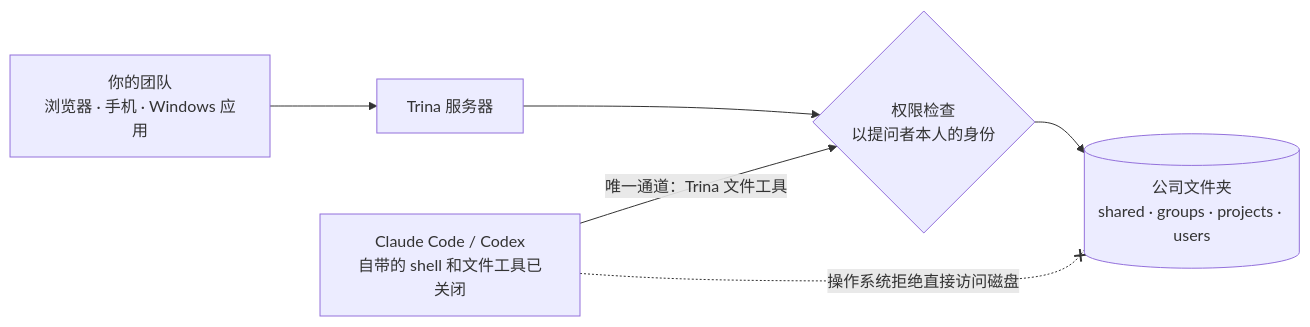
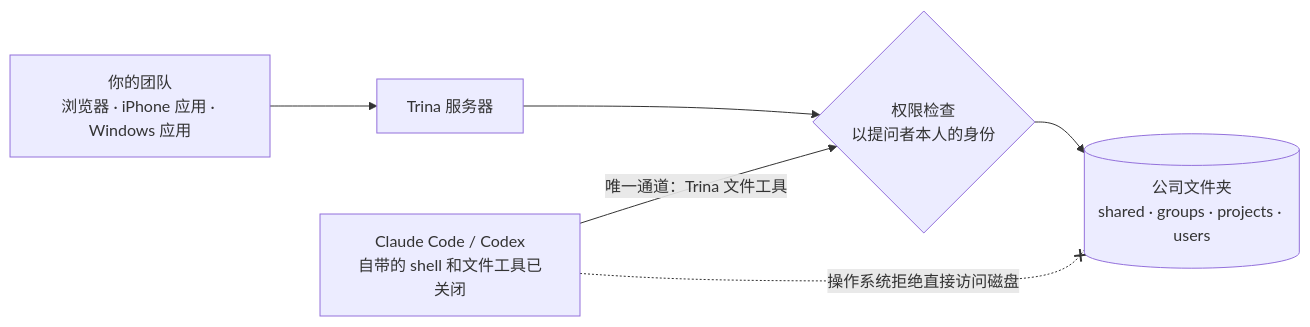
One commit to trina-app/trina-ax changed the diagram in README.zh-CN.md. Above: the diagram before and after it, drawn with Mermaid. The commit also changed other lines of this file and 9 other files, not shown here.

````diff
--- a/README.zh-CN.md
+++ b/README.zh-CN.md
@@ -72,8 +98,8 @@
 ```mermaid
 flowchart LR
-  P["你的团队<br/>浏览器 · 手机 · Windows 应用"] --> S["Trina 服务器"]
+  P["你的团队<br/>浏览器 · iPhone 应用 · Windows 应用"] --> S["Trina 服务器"]
   E["Claude Code / Codex<br/>自带的 shell 和文件工具已关闭"] -->|"唯一通道：Trina 文件工具"| C{"权限检查<br/>以提问者本人的身份"}
   S --> C
   C --> D[("公司文件夹<br/>shared · groups · projects · users")]
   E -. "操作系统拒绝直接访问磁盘" .-x D
 ```
````
